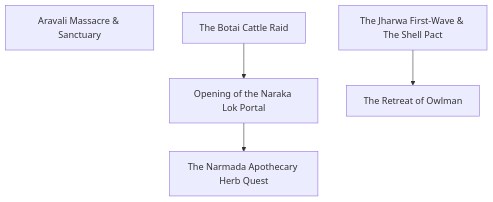
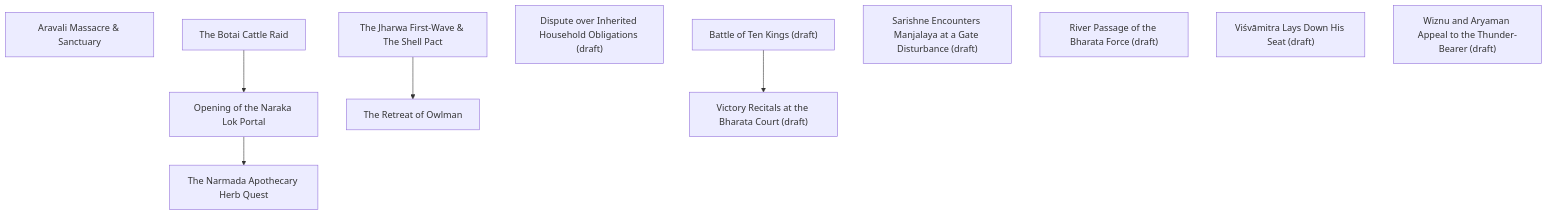
Before and after one commit to lordlebu/SouthOfTethys: the third of 6 diagrams in docs/atlas.md, drawn with Mermaid. The commit also changed other lines of this file and 100 other files, not shown here.

Commit message:
Convert Narmada University books into draft lore inputs

````diff
--- a/docs/atlas.md
+++ b/docs/atlas.md
@@ -115,12 +115,20 @@
 ```mermaid
 graph TD
     E0["Aravali Massacre & Sanctuary"]
-    E1["The Botai Cattle Raid"]
-    E2["The Jharwa First-Wave & The Shell Pact"]
-    E3["Opening of the Naraka Lok Portal"]
-    E4["The Narmada Apothecary Herb Quest"]
-    E5["The Retreat of Owlman"]
-    E1 --> E3
+    E1["Battle of Ten Kings (draft)"]
+    E2["The Botai Cattle Raid"]
+    E3["Dispute over Inherited Household Obligations (draft)"]
+    E4["The Jharwa First-Wave & The Shell Pact"]
+    E5["Opening of the Naraka Lok Portal"]
+    E6["The Narmada Apothecary Herb Quest"]
+    E7["The Retreat of Owlman"]
+    E8["Sarishne Encounters Manjalaya at a Gate Disturbance (draft)"]
+    E9["River Passage of the Bharata Force (draft)"]
+    E10["Victory Recitals at the Bharata Court (draft)"]
+    E11["Viśvāmitra Lays Down His Seat (draft)"]
+    E12["Wiznu and Aryaman Appeal to the Thunder-Bearer (draft)"]
+    E1 --> E10
     E2 --> E5
-    E3 --> E4
+    E4 --> E7
+    E5 --> E6
 ```
````
